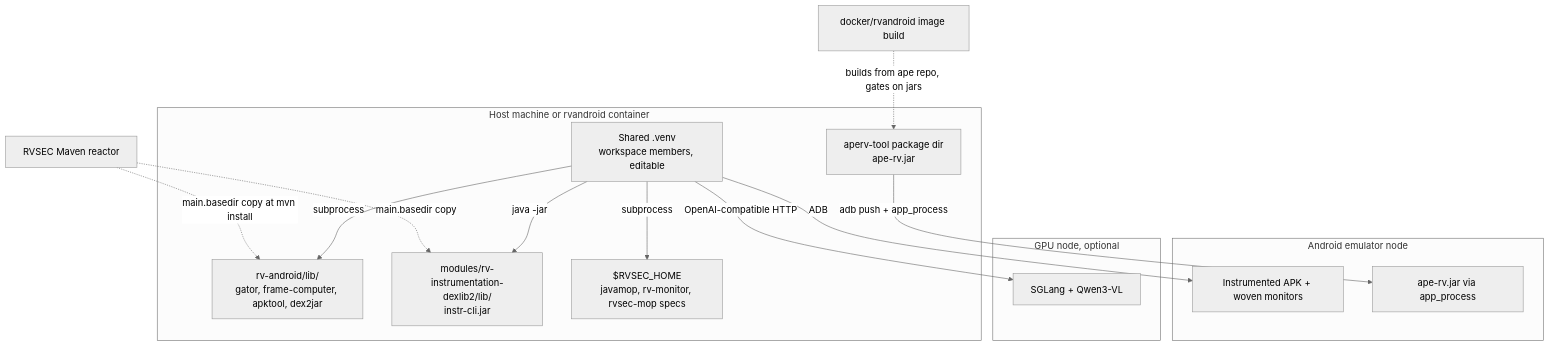
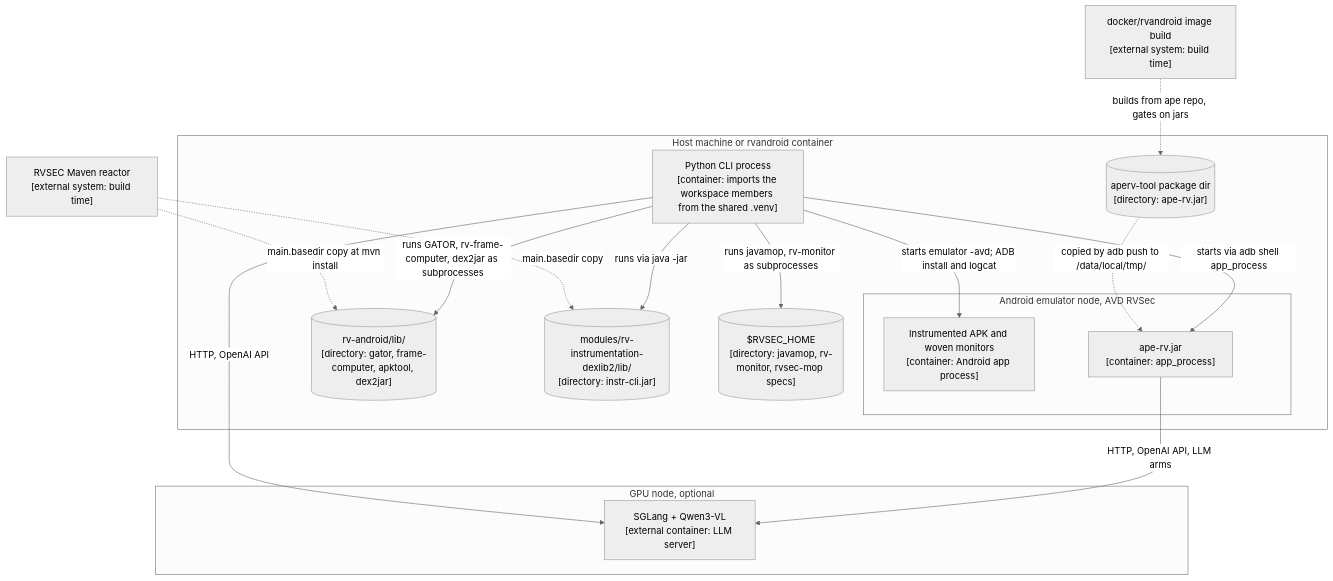
Before and after one commit to PAMunb/rvsec: the eighth of 8 diagrams in rv-android/docs/architecture/rv-android.md, drawn with Mermaid. The commit also changed other lines of this file and 7 other files, not shown here.

````diff
--- a/rv-android/docs/architecture/rv-android.md
+++ b/rv-android/docs/architecture/rv-android.md
@@ -451,28 +637,34 @@
 ```mermaid
 %%{init: {'theme': 'neutral'}}%%
 flowchart TB
-    subgraph host[Host machine or rvandroid container]
-        venv[Shared .venv<br/>workspace members, editable]
-        libdir[rv-android/lib/<br/>gator, frame-computer, apktool, dex2jar]
-        dexlib[modules/rv-instrumentation-dexlib2/lib/<br/>instr-cli.jar]
-        apejar[aperv-tool package dir<br/>ape-rv.jar]
-        jt[$RVSEC_HOME<br/>javamop, rv-monitor, rvsec-mop specs]
+    %% Source: pyproject.toml, lib/, modules/rv-instrumentation-dexlib2/lib/, modules/aperv-tool/src/aperv_tool/tools/aperv/tool.py, modules/rv-android-core/src/rv_android_core/util/android/android.py, docker/rvandroid/Dockerfile, ../pom.xml
+    %% Omitted: the result and pre-processing files (shown in Diagrams 5 and 7)
+    subgraph host["Host machine or rvandroid container"]
+        py["Python CLI process<br/>[container: imports the workspace members from the shared .venv]"]
+        libdir[("rv-android/lib/<br/>[directory: gator, frame-computer, apktool, dex2jar]")]
+        dexlib[("modules/rv-instrumentation-dexlib2/lib/<br/>[directory: instr-cli.jar]")]
+        apejar[("aperv-tool package dir<br/>[directory: ape-rv.jar]")]
+        jt[("$RVSEC_HOME<br/>[directory: javamop, rv-monitor, rvsec-mop specs]")]
+        subgraph emunode["Android emulator node, AVD RVSec"]
+            apk["Instrumented APK and woven monitors<br/>[container: Android app process]"]
+            aperv["ape-rv.jar<br/>[container: app_process]"]
+        end
     end
-    subgraph emunode[Android emulator node]
-        apk[Instrumented APK + woven monitors]
-        aperv[ape-rv.jar via app_process]
+    subgraph gpu["GPU node, optional"]
+        sg["SGLang + Qwen3-VL<br/>[external container: LLM server]"]
     end
-    subgraph gpu[GPU node, optional]
-        sg[SGLang + Qwen3-VL]
-    end
-    maven[RVSEC Maven reactor] -.->|main.basedir copy at mvn install| libdir
-    maven -.->|main.basedir copy| dexlib
-    image[docker/rvandroid image build] -.->|builds from ape repo, gates on jars| apejar
+    maven["RVSEC Maven reactor<br/>[external system: build time]"]
+    image["docker/rvandroid image build<br/>[external system: build time]"]
 
-    venv -->|subprocess| jt
-    venv -->|subprocess| libdir
-    venv -->|java -jar| dexlib
-    venv -->|ADB| apk
-    apejar -->|adb push + app_process| aperv
-    venv -->|OpenAI-compatible HTTP| sg
+    maven -.->|"main.basedir copy at mvn install"| libdir
+    maven -.->|"main.basedir copy"| dexlib
+    image -.->|"builds from ape repo, gates on jars"| apejar
+    py -->|"runs javamop, rv-monitor as subprocesses"| jt
+    py -->|"runs GATOR, rv-frame-computer, dex2jar as subprocesses"| libdir
+    py -->|"runs via java -jar"| dexlib
+    py -->|"starts emulator -avd; ADB install and logcat"| apk
+    apejar -.->|"copied by adb push to /data/local/tmp/"| aperv
+    py -->|"starts via adb shell app_process"| aperv
+    py -->|"HTTP, OpenAI API"| sg
+    aperv -->|"HTTP, OpenAI API, LLM arms"| sg
 ```
````
